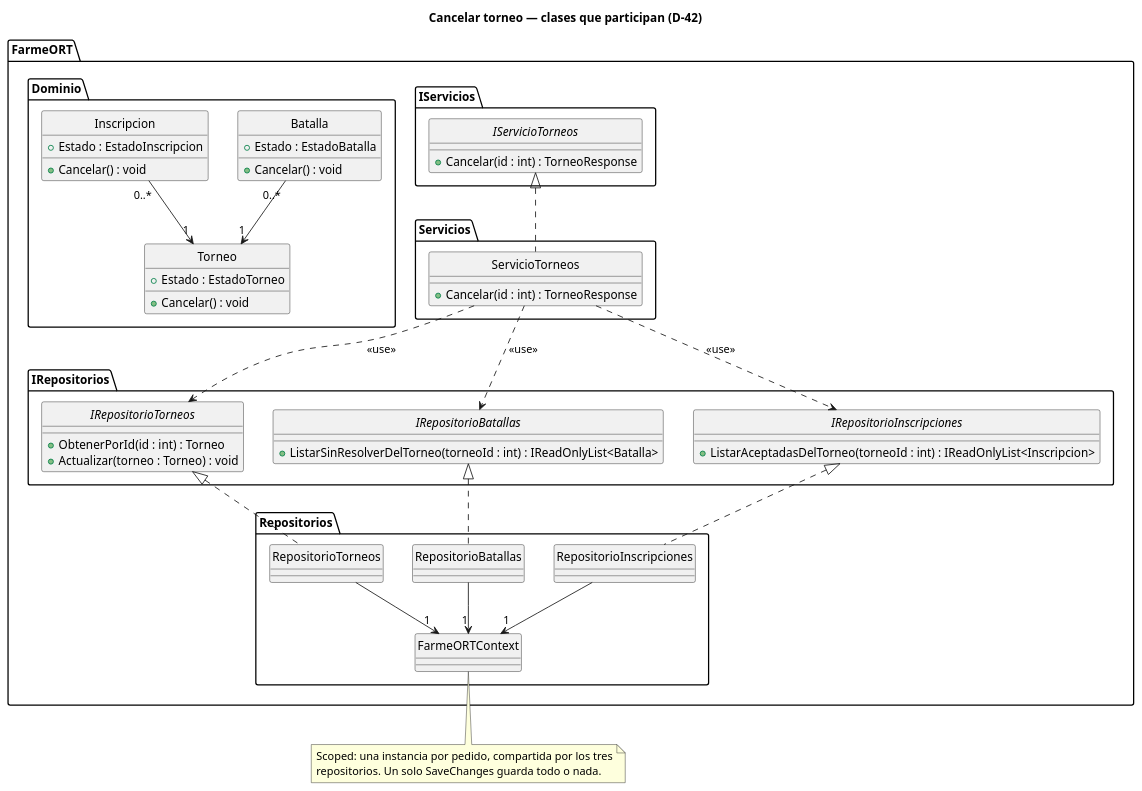
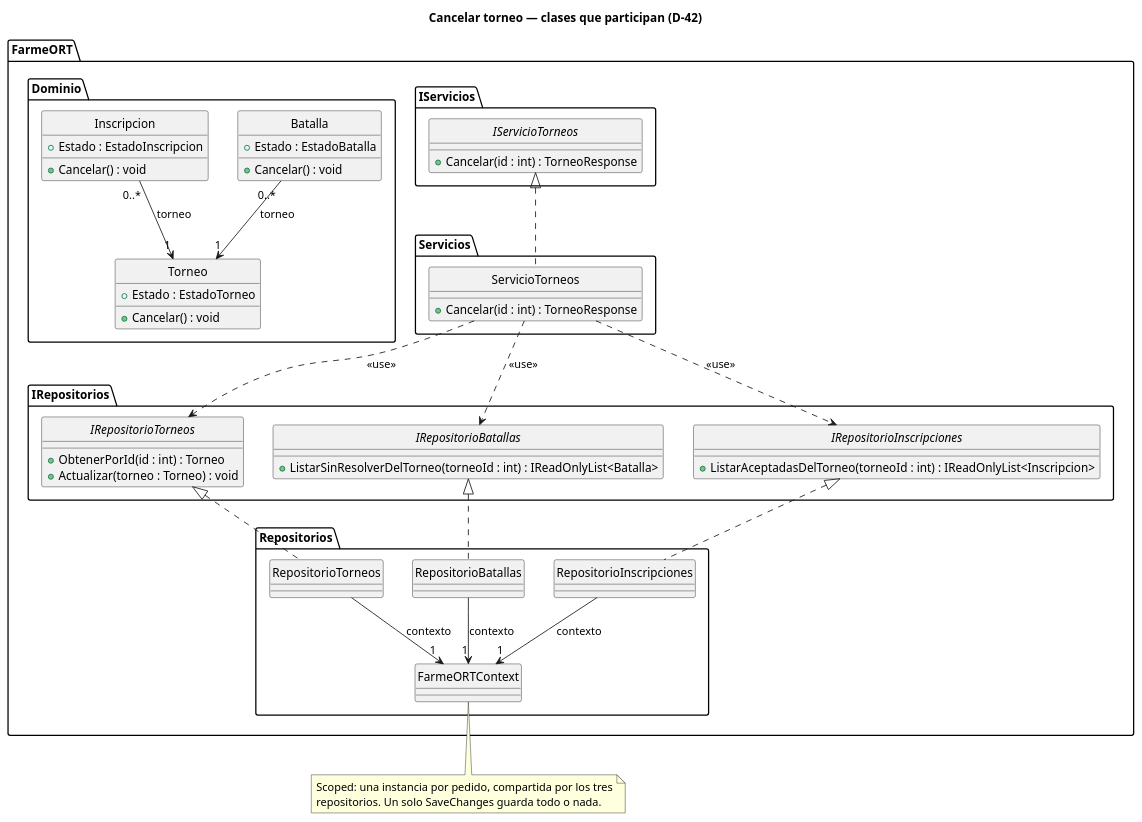
One commit to Seba0512/FarmeORT changed the diagram in docs/uml/cancelar-torneo-clases.puml. Above: the diagram before and after it, drawn with PlantUML. The commit also changed 4 other files, not shown here.

Commit message:
docs (docs/uml/): agrega el rol a las relaciones de los diagramas de clases que tienen cardinalidad

```diff
--- a/docs/uml/cancelar-torneo-clases.puml
+++ b/docs/uml/cancelar-torneo-clases.puml
@@ -1,69 +1,69 @@
 @startuml
 hide circle
 title Cancelar torneo — clases que participan (D-42)
 
 package FarmeORT.IServicios {
   interface IServicioTorneos {
     + Cancelar(id : int) : TorneoResponse
   }
 }
 
 package FarmeORT.Servicios {
   class ServicioTorneos {
     + Cancelar(id : int) : TorneoResponse
   }
 }
 
 package FarmeORT.IRepositorios {
   interface IRepositorioTorneos {
     + ObtenerPorId(id : int) : Torneo
     + Actualizar(torneo : Torneo) : void
   }
   interface IRepositorioBatallas {
     + ListarSinResolverDelTorneo(torneoId : int) : IReadOnlyList<Batalla>
   }
   interface IRepositorioInscripciones {
     + ListarAceptadasDelTorneo(torneoId : int) : IReadOnlyList<Inscripcion>
   }
 }
 
 package FarmeORT.Dominio {
   class Torneo {
     + Estado : EstadoTorneo
     + Cancelar() : void
   }
   class Batalla {
     + Estado : EstadoBatalla
     + Cancelar() : void
   }
   class Inscripcion {
     + Estado : EstadoInscripcion
     + Cancelar() : void
   }
 }
 
 package FarmeORT.Repositorios {
   class RepositorioTorneos
   class RepositorioBatallas
   class RepositorioInscripciones
   class FarmeORTContext
 }
 
 IServicioTorneos <|.. ServicioTorneos
 ServicioTorneos ..> IRepositorioTorneos : <<use>>
 ServicioTorneos ..> IRepositorioBatallas : <<use>>
 ServicioTorneos ..> IRepositorioInscripciones : <<use>>
 IRepositorioTorneos <|.. RepositorioTorneos
 IRepositorioBatallas <|.. RepositorioBatallas
 IRepositorioInscripciones <|.. RepositorioInscripciones
-RepositorioTorneos --> "1" FarmeORTContext
-RepositorioBatallas --> "1" FarmeORTContext
-RepositorioInscripciones --> "1" FarmeORTContext
-Batalla "0..*" --> "1" Torneo
-Inscripcion "0..*" --> "1" Torneo
+RepositorioTorneos --> "1" FarmeORTContext : contexto
+RepositorioBatallas --> "1" FarmeORTContext : contexto
+RepositorioInscripciones --> "1" FarmeORTContext : contexto
+Batalla "0..*" --> "1" Torneo : torneo
+Inscripcion "0..*" --> "1" Torneo : torneo
 
 note bottom of FarmeORTContext
   Scoped: una instancia por pedido, compartida por los tres
   repositorios. Un solo SaveChanges guarda todo o nada.
 end note
 @enduml
```
